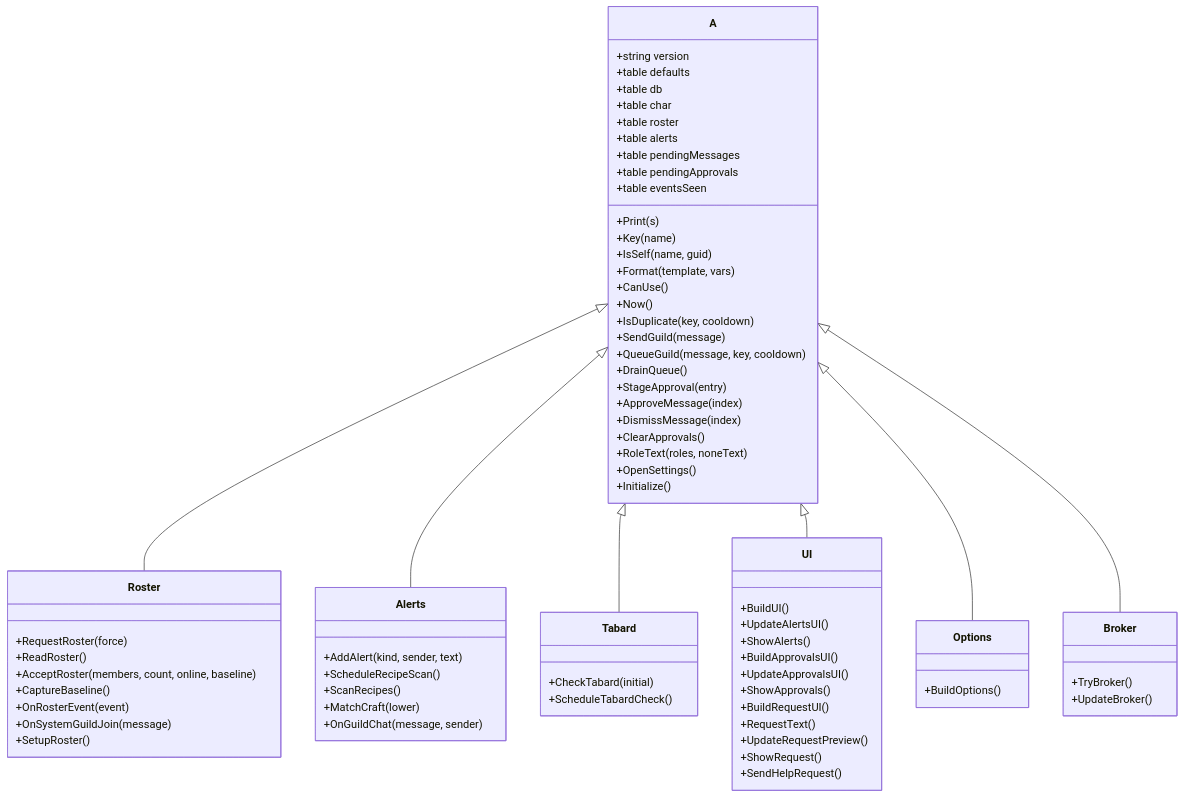
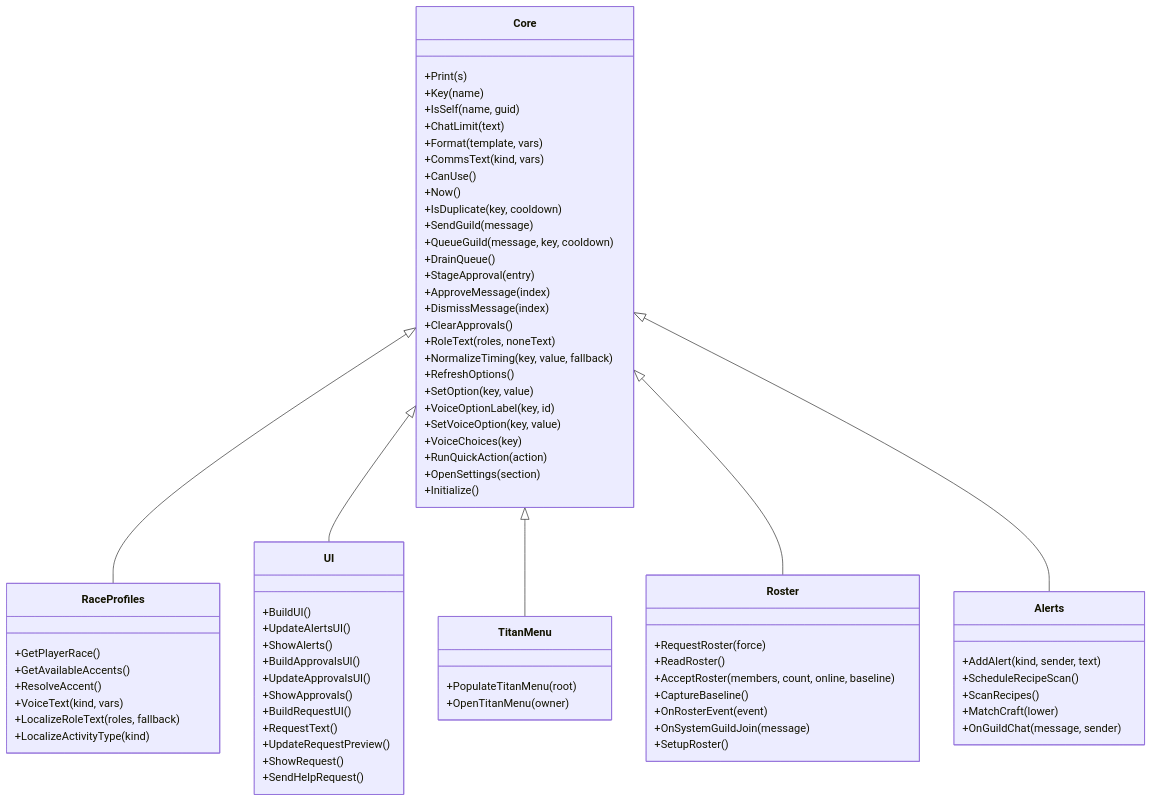
One commit to mreillyorg/ForeverGuildComms changed the second of 2 diagrams in aidlc-docs/inception/reverse-engineering/code-structure.md. Above: the diagram before and after it, drawn with Mermaid. The commit also changed other lines of this file and 22 other files, not shown here.

First line of the commit message:
Add opt-in key bindings for quick actions (0.4.1-beta)

````diff
--- a/aidlc-docs/inception/reverse-engineering/code-structure.md
+++ b/aidlc-docs/inception/reverse-engineering/code-structure.md
@@ -121,78 +169,78 @@
 ```mermaid
 classDiagram
-    class A {
-        +string version
-        +table defaults
-        +table db
-        +table char
-        +table roster
-        +table alerts
-        +table pendingMessages
-        +table pendingApprovals
-        +table eventsSeen
+    class Core {
         +Print(s)
         +Key(name)
         +IsSelf(name, guid)
+        +ChatLimit(text)
         +Format(template, vars)
+        +CommsText(kind, vars)
         +CanUse()
         +Now()
         +IsDuplicate(key, cooldown)
         +SendGuild(message)
         +QueueGuild(message, key, cooldown)
         +DrainQueue()
         +StageApproval(entry)
         +ApproveMessage(index)
         +DismissMessage(index)
         +ClearApprovals()
         +RoleText(roles, noneText)
-        +OpenSettings()
+        +NormalizeTiming(key, value, fallback)
+        +RefreshOptions()
+        +SetOption(key, value)
+        +VoiceOptionLabel(key, id)
+        +SetVoiceOption(key, value)
+        +VoiceChoices(key)
+        +RunQuickAction(action)
+        +OpenSettings(section)
         +Initialize()
+    }
+    class RaceProfiles {
+        +GetPlayerRace()
+        +GetAvailableAccents()
+        +ResolveAccent()
+        +VoiceText(kind, vars)
+        +LocalizeRoleText(roles, fallback)
+        +LocalizeActivityType(kind)
+    }
+    class UI {
+        +BuildUI()
+        +UpdateAlertsUI()
+        +ShowAlerts()
+        +BuildApprovalsUI()
+        +UpdateApprovalsUI()
+        +ShowApprovals()
+        +BuildRequestUI()
+        +RequestText()
+        +UpdateRequestPreview()
+        +ShowRequest()
+        +SendHelpRequest()
+    }
+    class TitanMenu {
+        +PopulateTitanMenu(root)
+        +OpenTitanMenu(owner)
     }
     class Roster {
         +RequestRoster(force)
         +ReadRoster()
         +AcceptRoster(members, count, online, baseline)
         +CaptureBaseline()
         +OnRosterEvent(event)
         +OnSystemGuildJoin(message)
         +SetupRoster()
     }
     class Alerts {
         +AddAlert(kind, sender, text)
         +ScheduleRecipeScan()
         +ScanRecipes()
         +MatchCraft(lower)
         +OnGuildChat(message, sender)
     }
-    class Tabard {
-        +CheckTabard(initial)
-        +ScheduleTabardCheck()
-    }
-    class UI {
-        +BuildUI()
-        +UpdateAlertsUI()
-        +ShowAlerts()
-        +BuildApprovalsUI()
-        +UpdateApprovalsUI()
-        +ShowApprovals()
-        +BuildRequestUI()
-        +RequestText()
-        +UpdateRequestPreview()
-        +ShowRequest()
-        +SendHelpRequest()
-    }
-    class Options {
-        +BuildOptions()
-    }
-    class Broker {
-        +TryBroker()
-        +UpdateBroker()
-    }
 
-    A <|-- Roster
-    A <|-- Alerts
-    A <|-- Tabard
-    A <|-- UI
-    A <|-- Options
-    A <|-- Broker
+    Core <|-- RaceProfiles
+    Core <|-- UI
+    Core <|-- TitanMenu
+    Core <|-- Roster
+    Core <|-- Alerts
 ```
````
